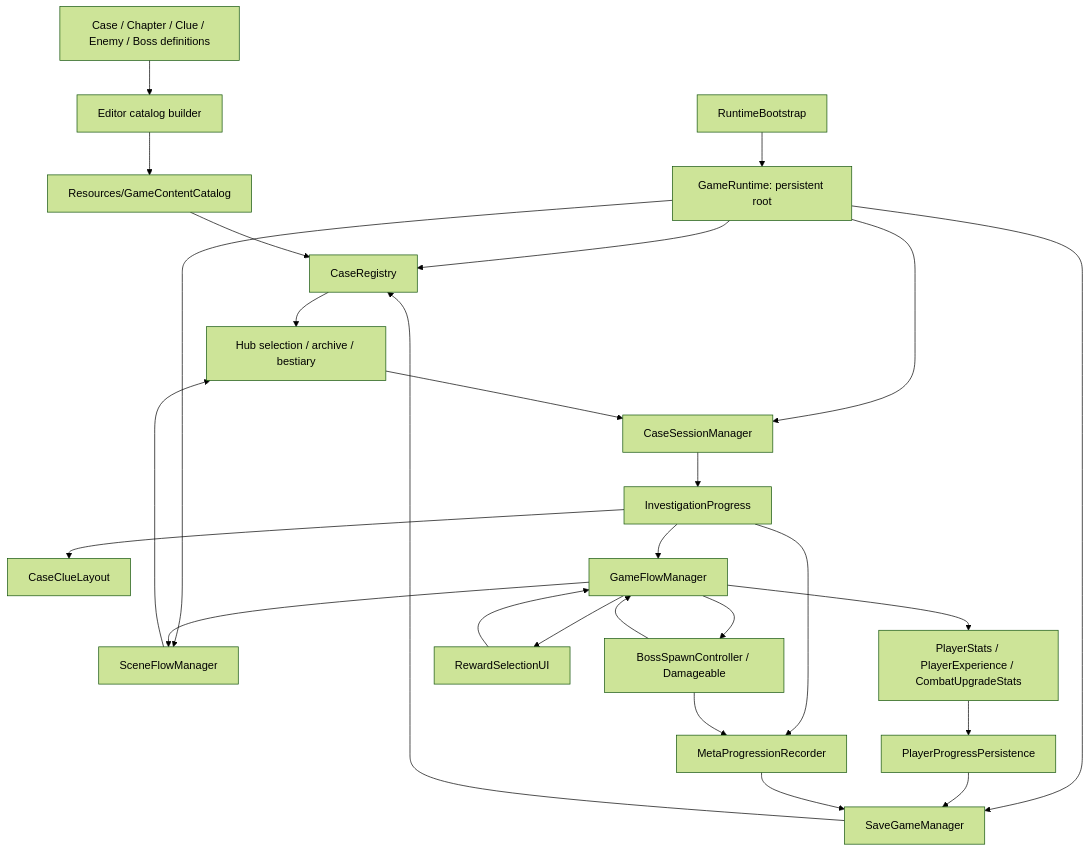
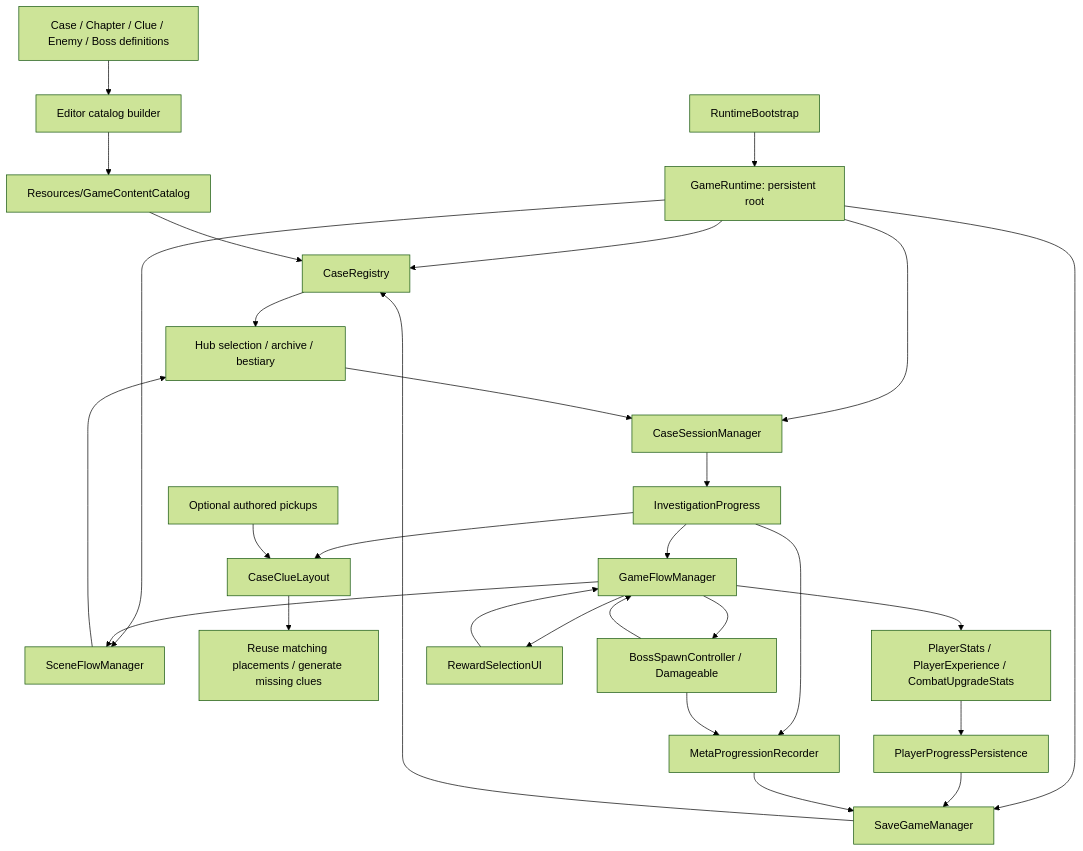
One commit to Vaenix/LostCity changed the first of 2 diagrams in Docs/Architecture.md. Above: the diagram before and after it, drawn with Mermaid (forest theme). The commit also changed other lines of this file and 19 other files, not shown here.

````diff
--- a/Docs/Architecture.md
+++ b/Docs/Architecture.md
@@ -11,29 +11,31 @@
 ```mermaid
 flowchart TD
     Data["Case / Chapter / Clue / Enemy / Boss definitions"] --> Builder["Editor catalog builder"]
     Builder --> Catalog["Resources/GameContentCatalog"]
     Bootstrap["RuntimeBootstrap"] --> Runtime["GameRuntime: persistent root"]
     Runtime --> Save["SaveGameManager"]
     Runtime --> Registry["CaseRegistry"]
     Catalog --> Registry
     Save --> Registry
     Runtime --> Session["CaseSessionManager"]
     Runtime --> Scenes["SceneFlowManager"]
     Registry --> Hub["Hub selection / archive / bestiary"]
     Hub --> Session
     Session --> Investigation["InvestigationProgress"]
     Investigation --> Layout["CaseClueLayout"]
+    Authored["Optional authored pickups"] --> Layout
+    Layout --> Pickups["Reuse matching placements / generate missing clues"]
     Investigation --> Flow["GameFlowManager"]
     Flow --> Boss["BossSpawnController / Damageable"]
     Boss --> Flow
     Flow --> Reward["RewardSelectionUI"]
     Reward --> Flow
     Flow --> Stats["PlayerStats / PlayerExperience / CombatUpgradeStats"]
     Stats --> Persistence["PlayerProgressPersistence"]
     Persistence --> Save
     Investigation --> Recorder["MetaProgressionRecorder"]
     Boss --> Recorder
     Recorder --> Save
     Flow --> Scenes
     Scenes --> Hub
 ```
````
